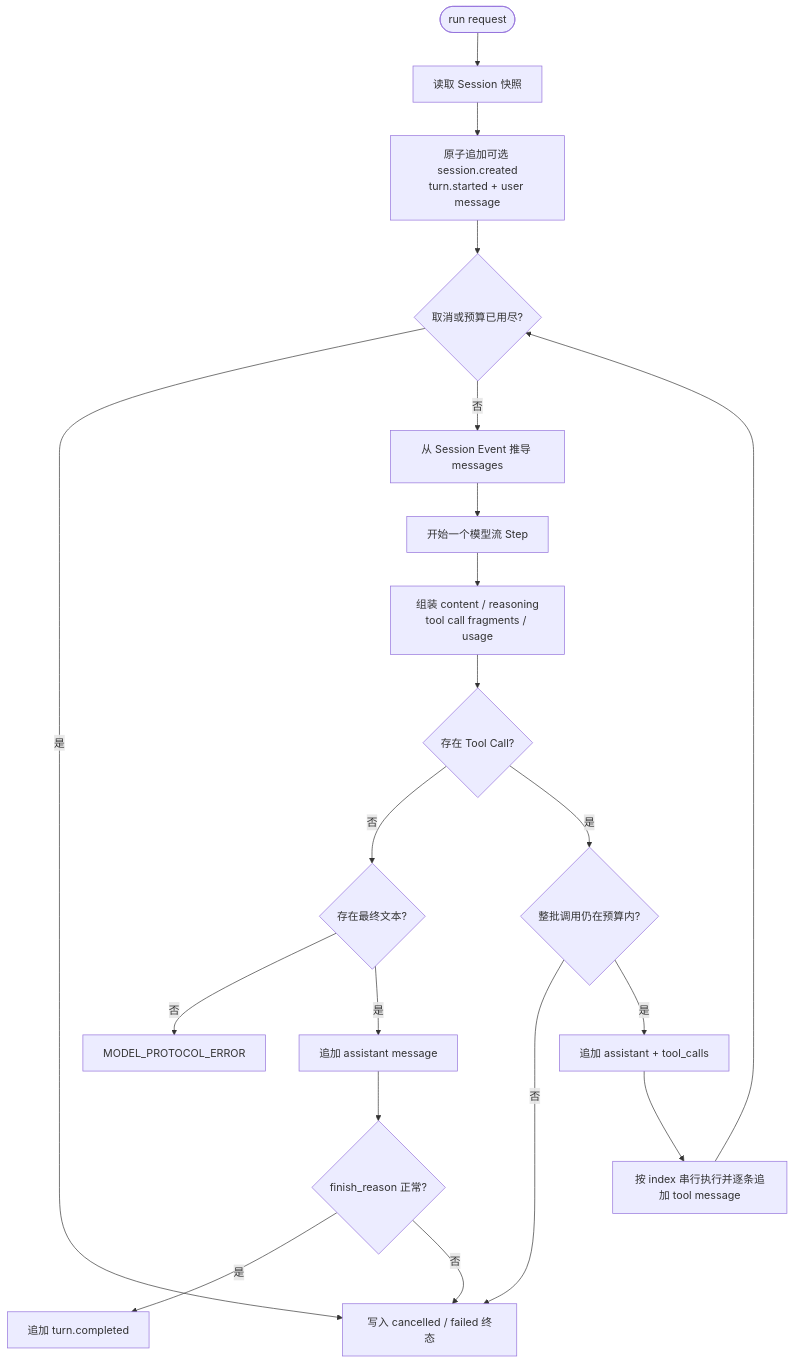
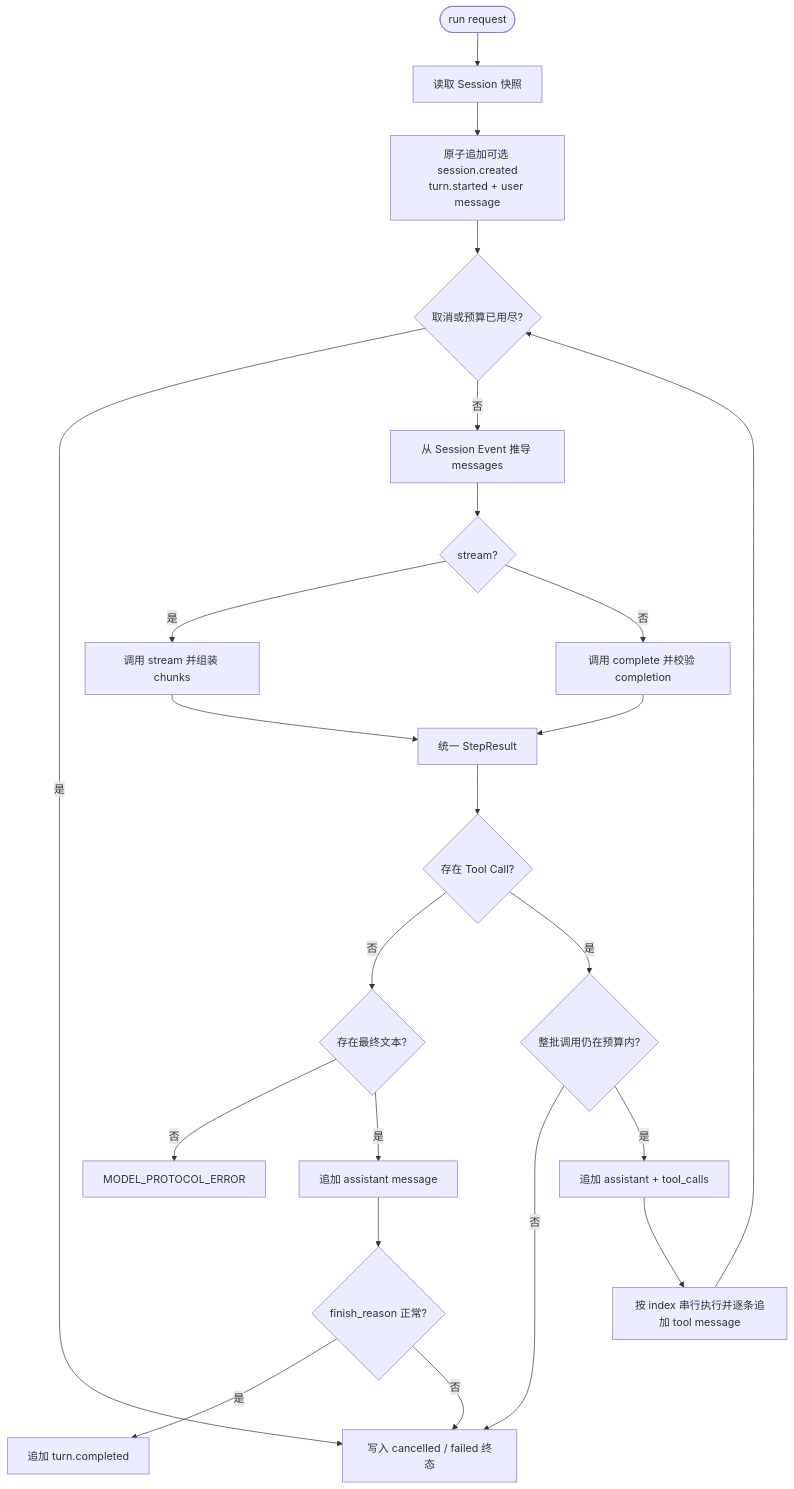
Before and after one commit to AlbertE1990/crafteHarness: the diagram in docs/standards/protocols/agent-loop.md, drawn with Mermaid. The commit also changed other lines of this file and 37 other files, not shown here.

````diff
--- a/docs/standards/protocols/agent-loop.md
+++ b/docs/standards/protocols/agent-loop.md
@@ -68,22 +72,25 @@
 ```mermaid
 flowchart TD
   Start([run request]) --> Snapshot[读取 Session 快照]
   Snapshot --> Begin[原子追加可选 session.created<br/>turn.started + user message]
   Begin --> Guard{取消或预算已用尽?}
   Guard -- 是 --> Stop[写入 cancelled / failed 终态]
   Guard -- 否 --> Load[从 Session Event 推导 messages]
-  Load --> Model[开始一个模型流 Step]
-  Model --> Assemble[组装 content / reasoning<br/>tool call fragments / usage]
+  Load --> Mode{stream?}
+  Mode -- 是 --> Stream[调用 stream 并组装 chunks]
+  Mode -- 否 --> CompleteModel[调用 complete 并校验 completion]
+  Stream --> Assemble[统一 StepResult]
+  CompleteModel --> Assemble
   Assemble --> Calls{存在 Tool Call?}
   Calls -- 否 --> Text{存在最终文本?}
   Text -- 否 --> Fail[MODEL_PROTOCOL_ERROR]
   Text -- 是 --> SaveAnswer[追加 assistant message]
   SaveAnswer --> Finish{finish_reason 正常?}
   Finish -- 是 --> Complete[追加 turn.completed]
   Finish -- 否 --> Stop
   Calls -- 是 --> ToolBudget{整批调用仍在预算内?}
   ToolBudget -- 否 --> Stop
   ToolBudget -- 是 --> Intent[追加 assistant + tool_calls]
   Intent --> Execute[按 index 串行执行并逐条追加 tool message]
   Execute --> Guard
 ```
````
